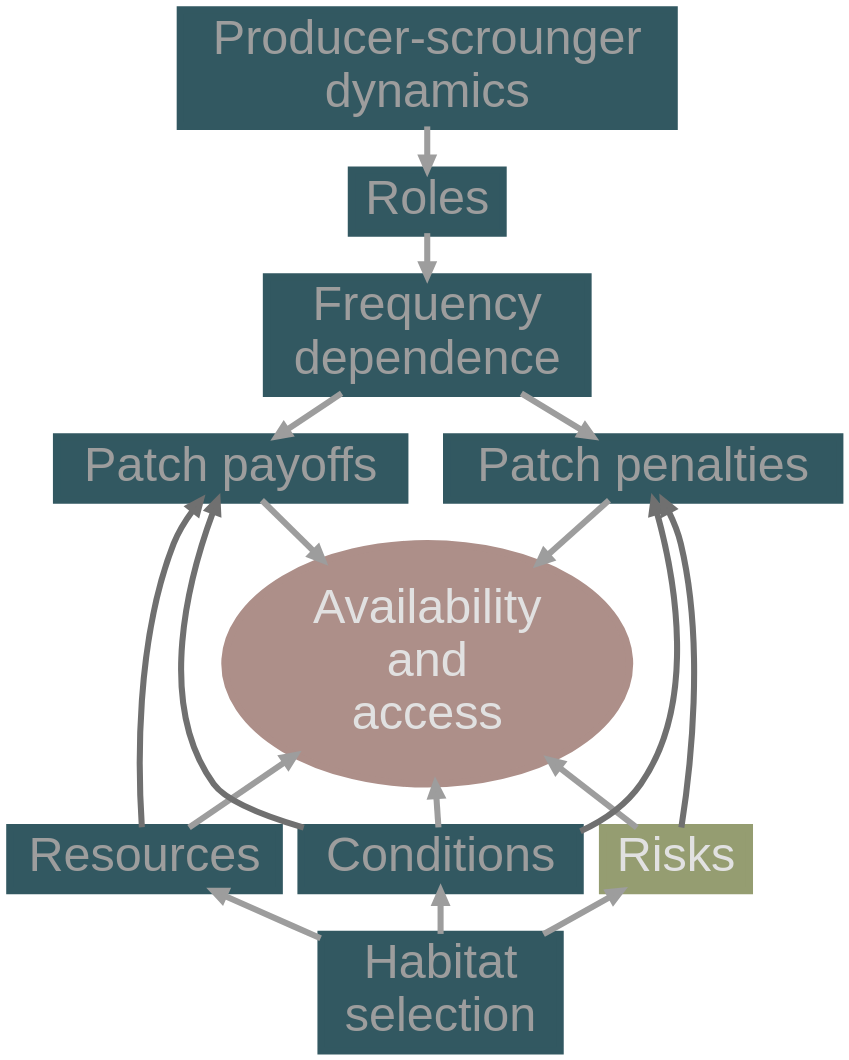
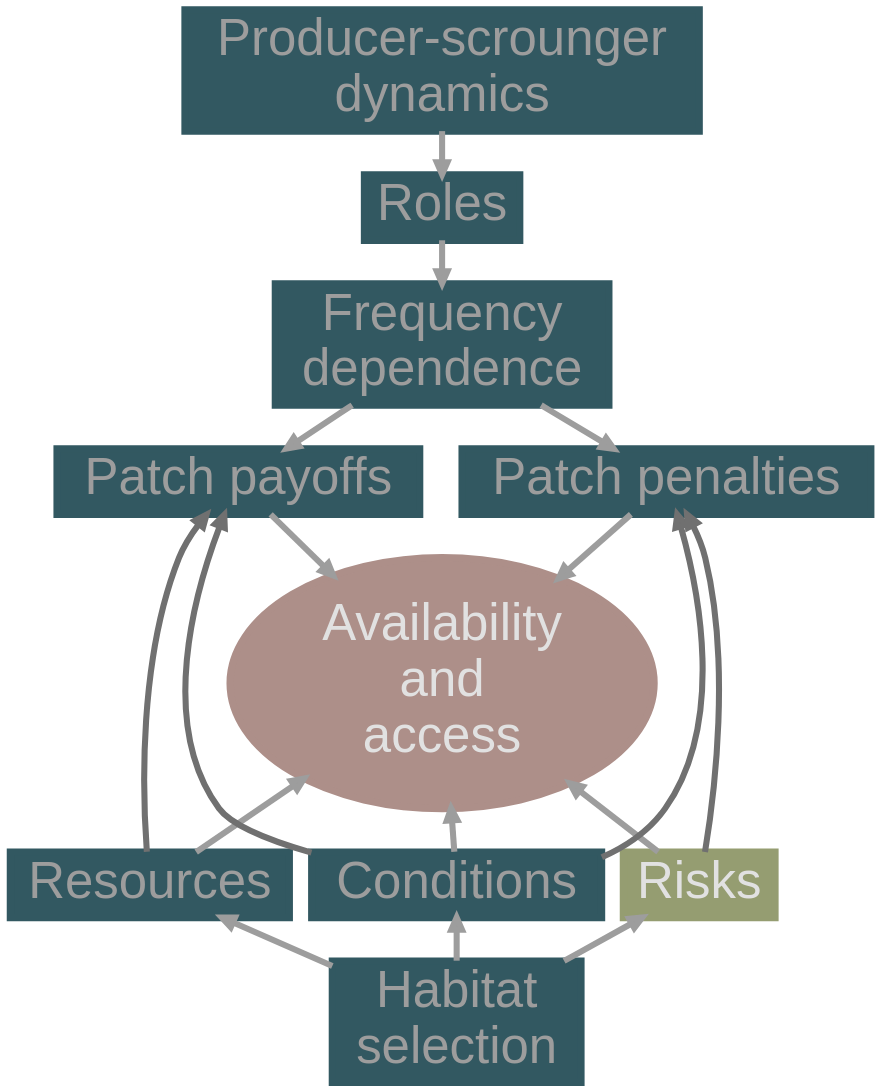
One commit to robitalec/comprehensive-exam changed diagram 13 of 14 in slides/slides.qmd. Above: the diagram before and after it, drawn with Graphviz. The commit also changed other lines of this file, not shown here.

Commit message:
fix fit of flowchart on slide

````diff
--- a/slides/slides.qmd
+++ b/slides/slides.qmd
@@ -710,28 +734,28 @@
 ```{dot}
 //| fig-width: 3.5
 digraph habitat_and_producer {
   bgcolor = transparent;
   rankdir = TB
-	node [fontsize = 40, shape = box, fontname = Helvetica, fontcolor = "#9d9d9d", style = filled, color = "#325861", fillcolor = "#325861", penwidth = 6]
+	node [fontsize = 42, shape = box, fontname = Helvetica, fontcolor = "#9d9d9d", style = filled, color = "#325861", fillcolor = "#325861", penwidth = 6]
 	edge [penwidth = 5, color = "#9d9d9d"] 
 	Habitat [label = "Habitat\nselection"]
 	Resources []
 	Conditions []
 	Risks [color = "#959D71", fillcolor = "#959D71", fontcolor = "#e1e1e1"]
 
     Roles []
 	access_avail [label = "Availability\nand\naccess", shape = ellipse, fillcolor = "#AD8F89", color = "#AD8F89", fontcolor = "#e1e1e1"]
 	ps_dyn [label = "Producer-scrounger\ndynamics"]
 	freq [label = "Frequency\ndependence"]
 	patch_penalties [label = "Patch penalties"]
 	patch_payoffs [label = "Patch payoffs"]
 
 	ps_dyn -> Roles -> freq -> {patch_penalties patch_payoffs}
 	{patch_penalties patch_payoffs} -> access_avail
 	access_avail -> {Resources Conditions Risks} [dir = back]
 	{patch_penalties} ->  Risks [color = "#707070", dir = back]
 	patch_payoffs -> Resources [color = "#707070", dir = back]
 	{patch_payoffs patch_penalties} -> Conditions [color = "#707070", dir = back]
 	{Resources Risks Conditions} -> Habitat [dir = back]
 }
 ```
````
